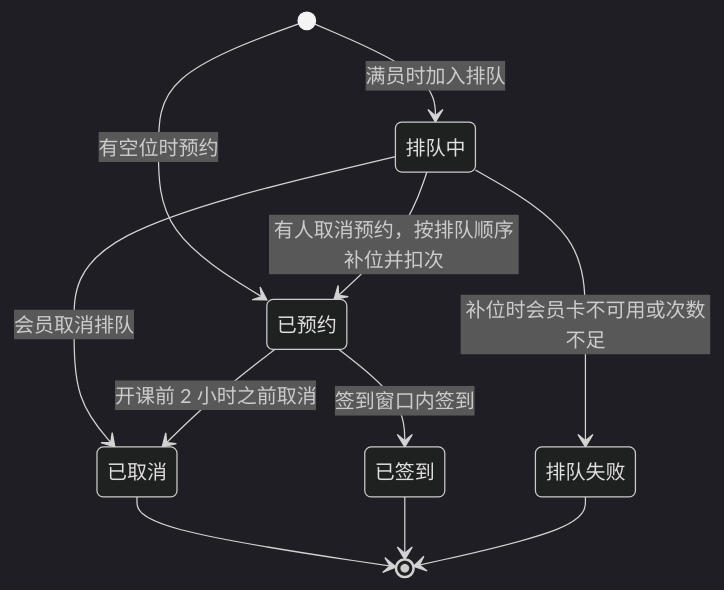
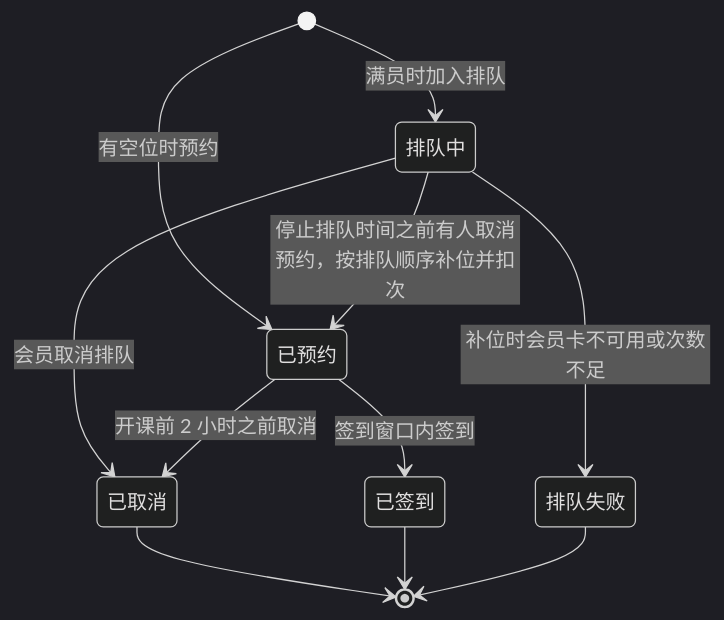
Before and after one commit to duo2530/techplant-yoga: the second of 2 diagrams in docs/需求文档/状态流转图.md, drawn with Mermaid (dark theme). The commit also changed other lines of this file and 5 other files, not shown here.

````diff
--- a/docs/需求文档/状态流转图.md
+++ b/docs/需求文档/状态流转图.md
@@ -43,13 +43,13 @@
 ```mermaid
 stateDiagram-v2
     [*] --> 已预约 : 有空位时预约
     [*] --> 排队中 : 满员时加入排队
-    排队中 --> 已预约 : 有人取消预约，按排队顺序补位并扣次
+    排队中 --> 已预约 : 停止排队时间之前有人取消预约，按排队顺序补位并扣次
     排队中 --> 排队失败 : 补位时会员卡不可用或次数不足
     排队中 --> 已取消 : 会员取消排队
     已预约 --> 已取消 : 开课前 2 小时之前取消
     已预约 --> 已签到 : 签到窗口内签到
     已取消 --> [*]
     已签到 --> [*]
     排队失败 --> [*]
 ```
````
